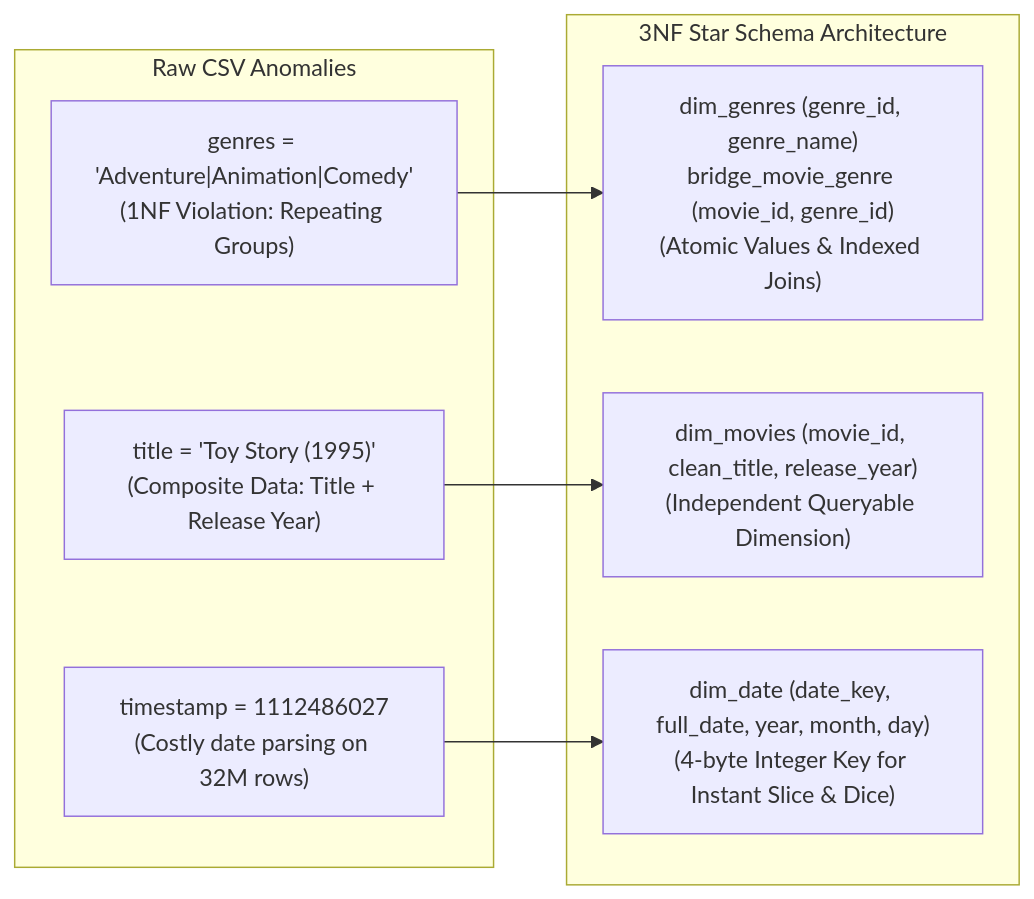
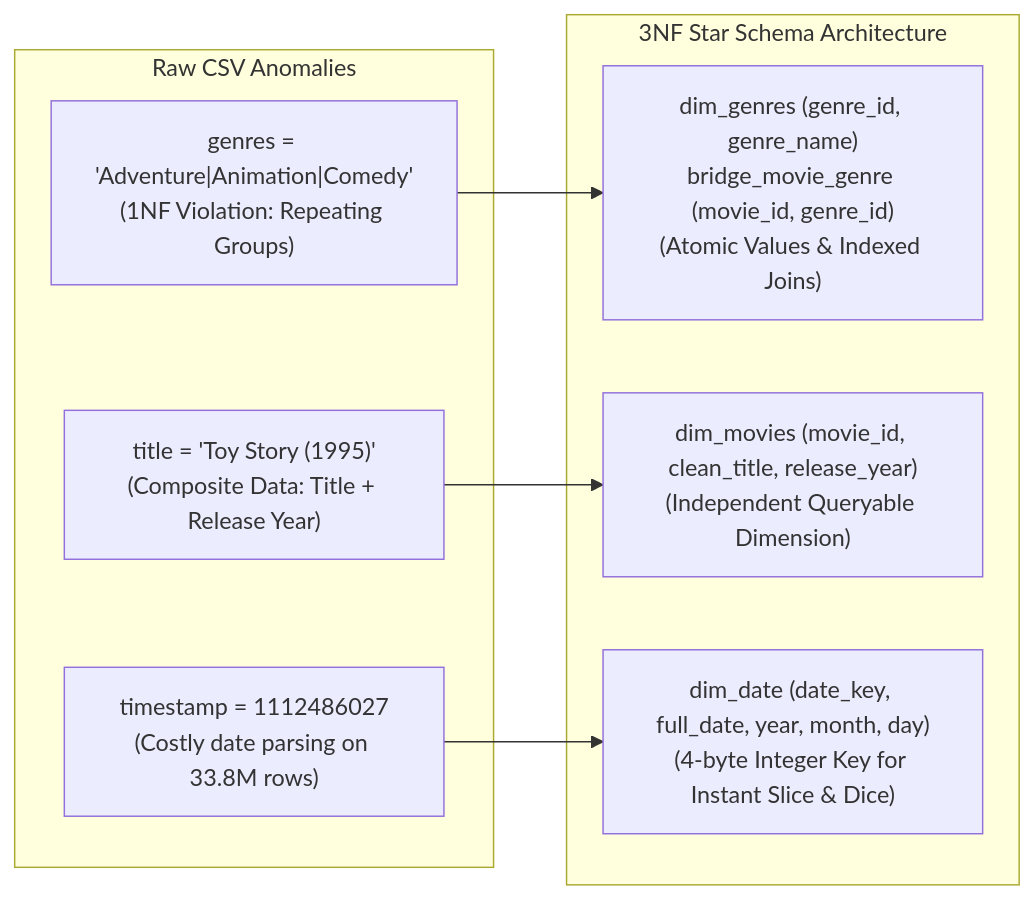
One commit to noedrflsh/Data_Engg_projet changed the third of 11 diagrams in COMPLETE_DEVELOPER_GUIDE.md. Above: the diagram before and after it, drawn with Mermaid. The commit also changed other lines of this file and 13 other files, not shown here.

````diff
--- a/COMPLETE_DEVELOPER_GUIDE.md
+++ b/COMPLETE_DEVELOPER_GUIDE.md
@@ -289,18 +289,18 @@
 ```mermaid
 flowchart LR
     subgraph RAW["Raw CSV Anomalies"]
         R1["genres = 'Adventure|Animation|Comedy'\n(1NF Violation: Repeating Groups)"]
         R2["title = 'Toy Story (1995)'\n(Composite Data: Title + Release Year)"]
-        R3["timestamp = 1112486027\n(Costly date parsing on 32M rows)"]
+        R3["timestamp = 1112486027\n(Costly date parsing on 33.8M rows)"]
     end
 
     subgraph NORM["3NF Star Schema Architecture"]
         N1["dim_genres (genre_id, genre_name)\nbridge_movie_genre (movie_id, genre_id)\n(Atomic Values & Indexed Joins)"]
         N2["dim_movies (movie_id, clean_title, release_year)\n(Independent Queryable Dimension)"]
         N3["dim_date (date_key, full_date, year, month, day)\n(4-byte Integer Key for Instant Slice & Dice)"]
     end
 
     R1 --> N1
     R2 --> N2
     R3 --> N3
 ```
````
